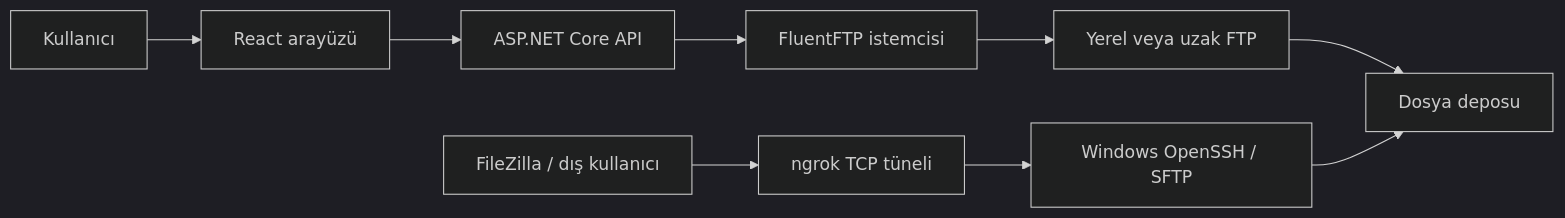
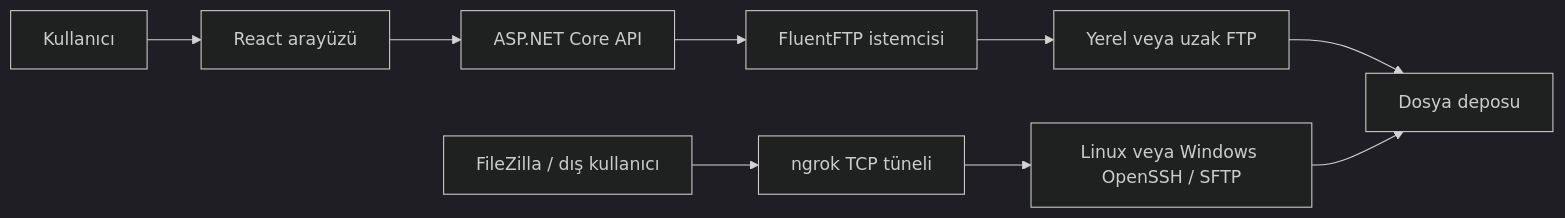
The diagram in docs/README.md (ottamina/FTP_Dosya_Yonetimi), drawn with Mermaid (dark theme) before and after one commit. The commit also changed other lines of this file and 9 other files, not shown here.

````diff
--- a/docs/README.md
+++ b/docs/README.md
@@ -21,11 +21,11 @@
 ```mermaid
 flowchart LR
     U["Kullanıcı"] --> UI["React arayüzü"]
     UI --> API["ASP.NET Core API"]
     API --> FC["FluentFTP istemcisi"]
     FC --> FTP["Yerel veya uzak FTP"]
     FTP --> DATA["Dosya deposu"]
     EXT["FileZilla / dış kullanıcı"] --> NG["ngrok TCP tüneli"]
-    NG --> SSH["Windows OpenSSH / SFTP"]
+    NG --> SSH["Linux veya Windows OpenSSH / SFTP"]
     SSH --> DATA
 ```
````
